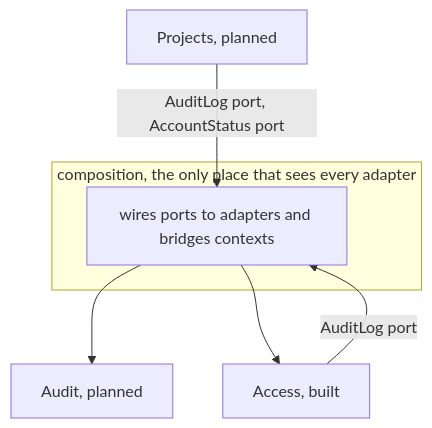
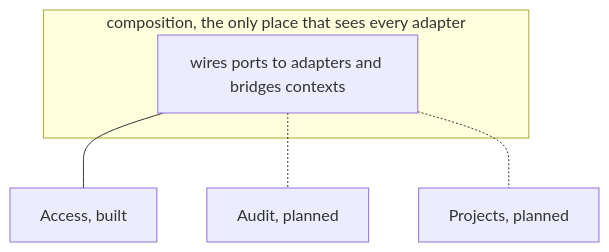
The third of 4 diagrams in docs/architecture.md (Thommans-Playground/playground-keycloak), drawn with Mermaid before and after one commit. The commit also changed other lines of this file, not shown here.

First line of the commit message:
docs(architecture): settle the review findings

````diff
--- a/docs/architecture.md
+++ b/docs/architecture.md
@@ -47,10 +52,9 @@
 ```mermaid
 flowchart TB
     subgraph composition ["composition, the only place that sees every adapter"]
         wiring[wires ports to adapters and bridges contexts]
     end
-    access[Access, built] -->|AuditLog port| wiring
-    projects[Projects, planned] -->|AuditLog port, AccountStatus port| wiring
-    wiring --> audit[Audit, planned]
-    wiring --> access
+    wiring --- access[Access, built]
+    wiring -.- audit[Audit, planned]
+    wiring -.- projects[Projects, planned]
 ```
````
